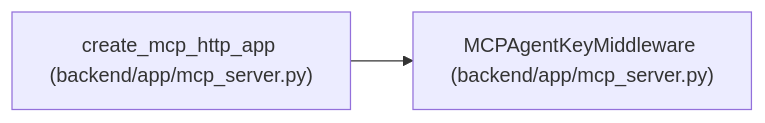
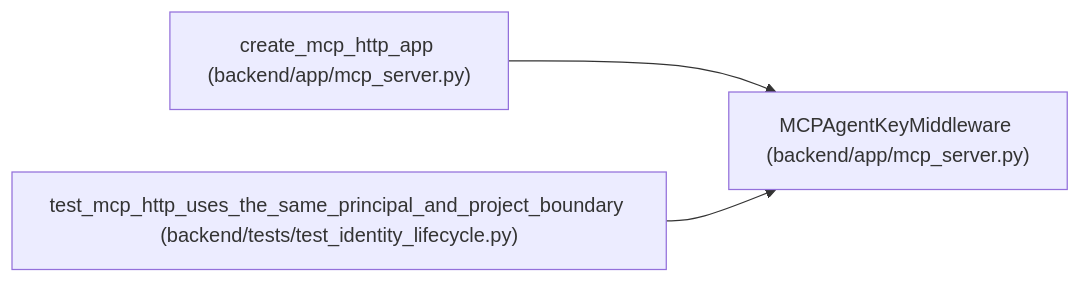
Before and after one commit to Denissvgn/WorkChord: the diagram in docs/llm_wiki/entities/MCPAgentKeyMiddleware.md, drawn with Mermaid. The commit also changed other lines of this file and 958 other files, not shown here.

First line of the commit message:
docs(wiki): refresh identity and recovery architecture

````diff
--- a/docs/llm_wiki/entities/MCPAgentKeyMiddleware.md
+++ b/docs/llm_wiki/entities/MCPAgentKeyMiddleware.md
@@ -26,8 +26,11 @@
 ```mermaid
 flowchart LR
     n0["MCPAgentKeyMiddleware (backend/app/mcp_server.py)"]
     n1["create_mcp_http_app (backend/app/mcp_server.py)"]
+    n2["test_mcp_http_uses_the_same_principal_and_project_boundary (backend/tests/test_identity_lifecycle.py)"]
     n1 --> n0
+    n2 --> n0
     click n0 "../modules/mcp_server.md"
     click n1 "../modules/mcp_server.md"
+    click n2 "../modules/test_identity_lifecycle.md"
 ```
````
